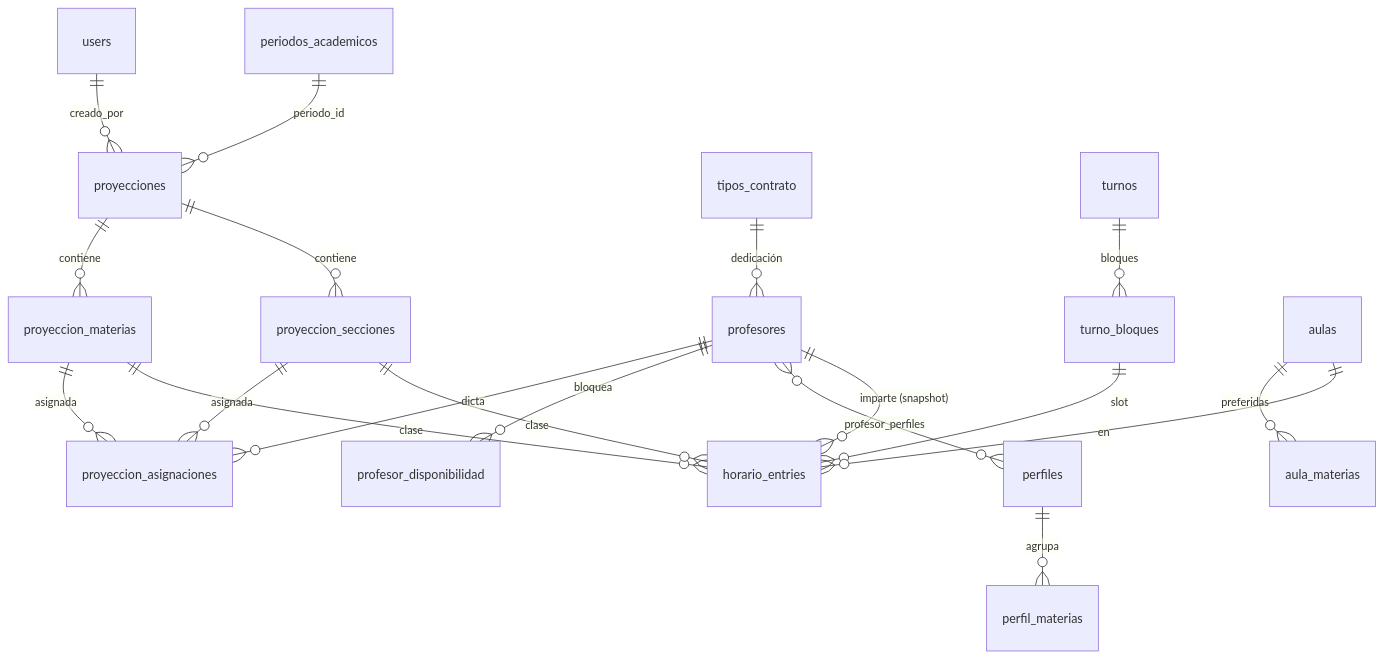
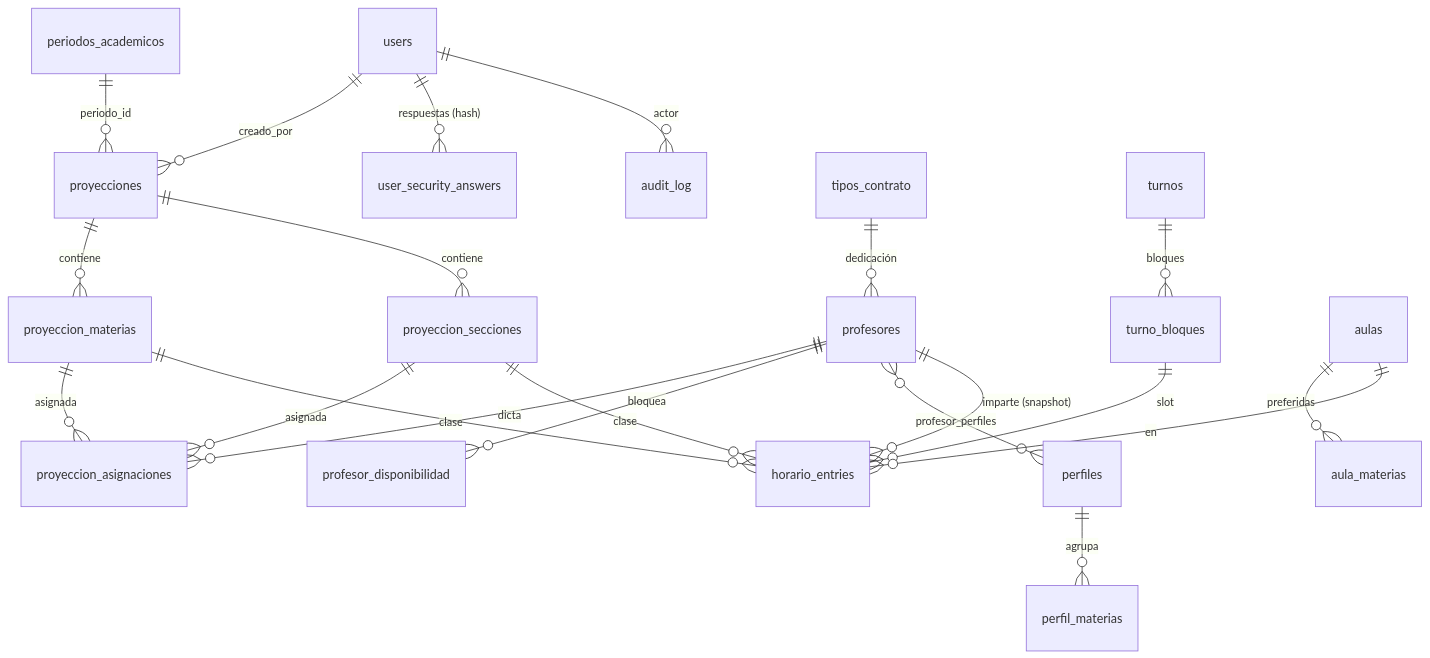
Before and after one commit to Javier-WH/Proyecciones_Rebuild: the third of 6 diagrams in README.md, drawn with Mermaid. The commit also changed other lines of this file, not shown here.

````diff
--- a/README.md
+++ b/README.md
@@ -213,21 +283,23 @@
 ```mermaid
 erDiagram
     users ||--o{ proyecciones : "creado_por"
+    users ||--o{ user_security_answers : "respuestas (hash)"
+    users ||--o{ audit_log : "actor"
     periodos_academicos ||--o{ proyecciones : "periodo_id"
     proyecciones ||--o{ proyeccion_materias : "contiene"
     proyecciones ||--o{ proyeccion_secciones : "contiene"
     proyeccion_materias ||--o{ proyeccion_asignaciones : "asignada"
     proyeccion_secciones ||--o{ proyeccion_asignaciones : "asignada"
     profesores ||--o{ proyeccion_asignaciones : "dicta"
     profesores ||--o{ profesor_disponibilidad : "bloquea"
     profesores }o--o{ perfiles : profesor_perfiles
     perfiles ||--o{ perfil_materias : "agrupa"
     tipos_contrato ||--o{ profesores : "dedicación"
     turnos ||--o{ turno_bloques : "bloques"
     aulas ||--o{ aula_materias : "preferidas"
     proyeccion_materias ||--o{ horario_entries : "clase"
     proyeccion_secciones ||--o{ horario_entries : "clase"
     profesores ||--o{ horario_entries : "imparte (snapshot)"
     turno_bloques ||--o{ horario_entries : "slot"
     aulas ||--o{ horario_entries : "en"
 ```
````
